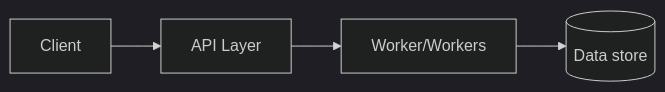
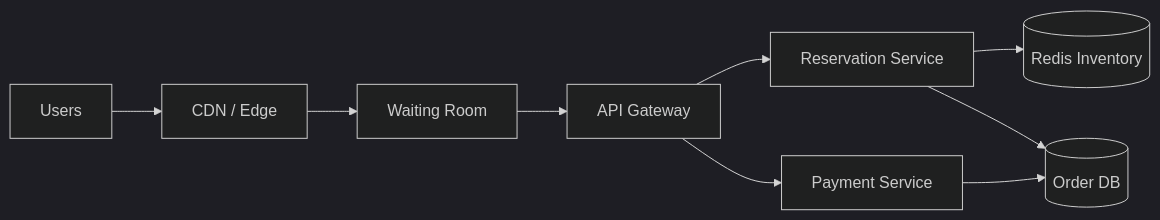
Before and after one commit to huangsam/systology: the diagram in site/content/designs/flash-sale.md, drawn with Mermaid (dark theme). The commit also changed other lines of this file, not shown here.

```diff
--- a/site/content/designs/flash-sale.md
+++ b/site/content/designs/flash-sale.md
@@ -25,6 +23,11 @@
 {{< mermaid >}}
 graph LR
-  Client --> API[API Layer]
-  API --> Worker[Worker/Workers]
-  Worker --> Store[(Data store)]
+  Users --> CDN[CDN / Edge]
+  CDN --> WR[Waiting Room]
+  WR --> API[API Gateway]
+  API --> Reserve[Reservation Service]
+  Reserve --> Redis[(Redis Inventory)]
+  Reserve --> OrderDB[(Order DB)]
+  API --> Payment[Payment Service]
+  Payment --> OrderDB
 {{< /mermaid >}}
```
